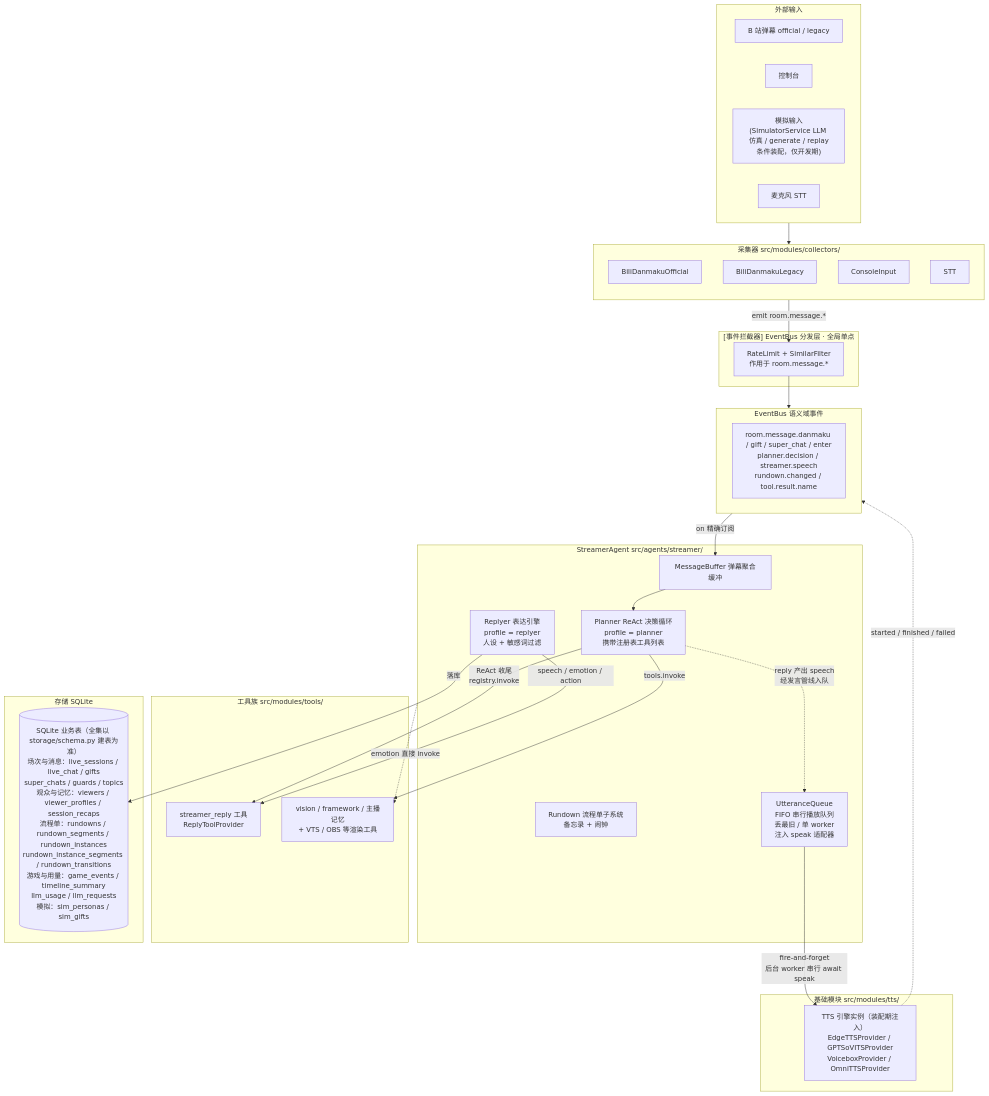
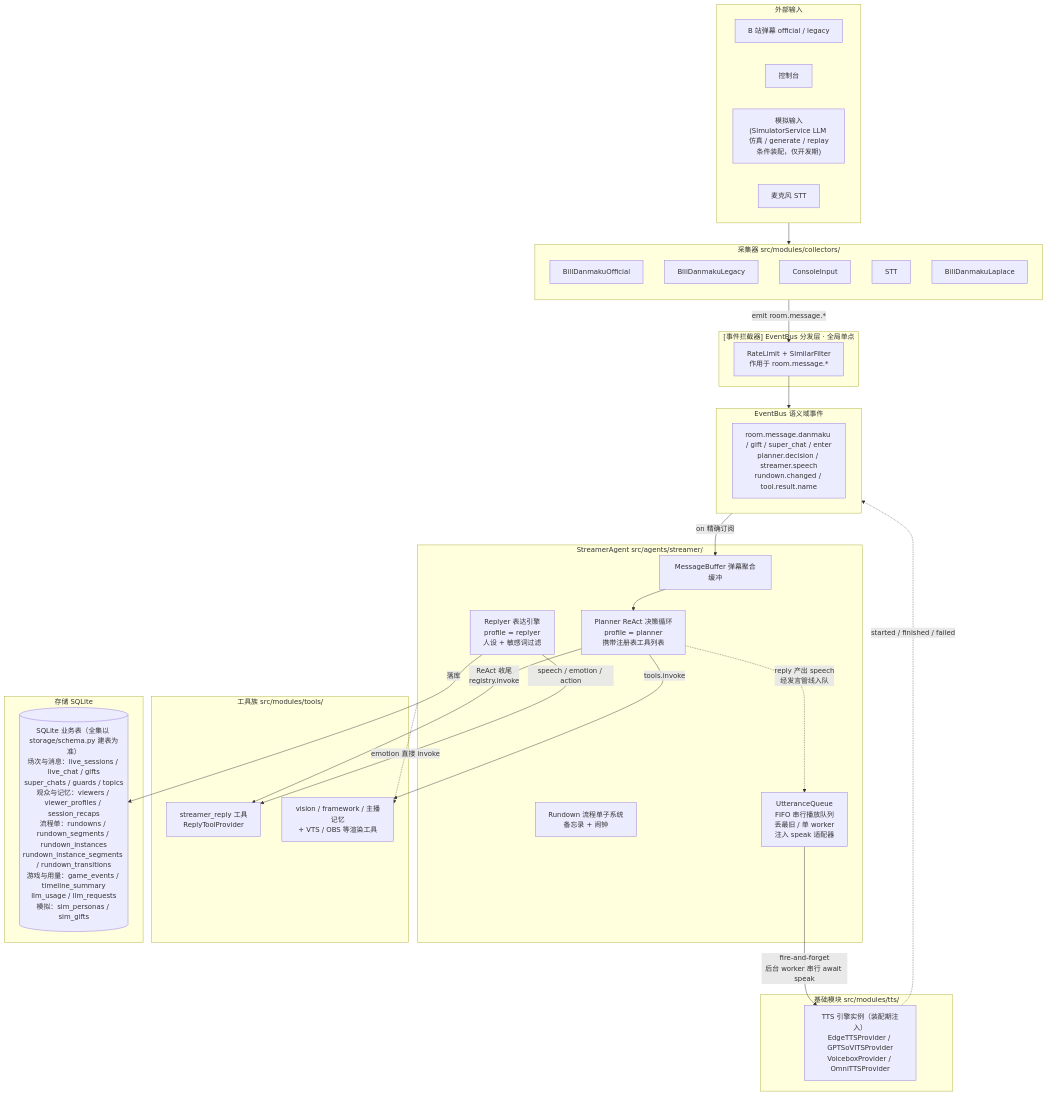
One commit to Mai-with-u/Amaidesu changed the diagram in docs/architecture/data-flow.md. Above: the diagram before and after it, drawn with Mermaid. The commit also changed 14 other files, not shown here.

````diff
--- a/docs/architecture/data-flow.md
+++ b/docs/architecture/data-flow.md
@@ -23,60 +23,61 @@
 ```mermaid
 flowchart TB
     subgraph Ext["外部输入"]
         Bili["B 站弹幕 official / legacy"]
         Cons["控制台"]
         Sim["模拟输入<br/>(SimulatorService LLM 仿真 / generate / replay<br/>条件装配，仅开发期)"]
         Mic["麦克风 STT"]
     end
 
     subgraph Collectors["采集器 src/modules/collectors/"]
         direction TB
         C1["BiliDanmakuOfficial"]
         C2["BiliDanmakuLegacy"]
         C3["ConsoleInput"]
         C4["STT"]
+        C5["BiliDanmakuLaplace"]
     end
 
     subgraph Interceptors["[事件拦截器] EventBus 分发层 · 全局单点"]
         IC["RateLimit + SimilarFilter<br/>作用于 room.message.*"]
     end
 
     subgraph Bus["EventBus 语义域事件"]
         EB["room.message.danmaku / gift / super_chat / enter<br/>planner.decision / streamer.speech<br/>rundown.changed / tool.result.name"]
     end
 
 subgraph StreamerAgent["StreamerAgent src/agents/streamer/"]
         MB["MessageBuffer 弹幕聚合缓冲"]
         Planner["Planner ReAct 决策循环<br/>profile = planner<br/>携带注册表工具列表"]
         Reply["Replyer 表达引擎<br/>profile = replyer<br/>人设 + 敏感词过滤"]
         Rundown["Rundown 流程单子系统<br/>备忘录 + 闹钟"]
         UQ["UtteranceQueue<br/>FIFO 串行播放队列<br/>丢最旧 / 单 worker<br/>注入 speak 适配器"]
     end
 
     subgraph Tools["工具族 src/modules/tools/"]
         RT["streamer_reply 工具<br/>ReplyToolProvider"]
         Other["vision / framework / 主播记忆<br/>+ VTS / OBS 等渲染工具"]
     end
 
     subgraph InFra["基础模块 src/modules/tts/"]
         TTSEng["TTS 引擎实例（装配期注入）<br/>EdgeTTSProvider / GPTSoVITSProvider<br/>VoiceboxProvider / OmniTTSProvider"]
     end
 
     subgraph Storage["存储 SQLite"]
         DB[("SQLite 业务表（全集以 storage/schema.py 建表为准）<br/>场次与消息：live_sessions / live_chat / gifts<br/>super_chats / guards / topics<br/>观众与记忆：viewers / viewer_profiles / session_recaps<br/>流程单：rundowns / rundown_segments / rundown_instances<br/>rundown_instance_segments / rundown_transitions<br/>游戏与用量：game_events / timeline_summary<br/>llm_usage / llm_requests<br/>模拟：sim_personas / sim_gifts")]
     end
 
     Ext --> Collectors
     Collectors -->|emit room.message.*| IC
     IC --> Bus
     Bus -->|on 精确订阅| MB
     MB --> Planner
     Planner -->|ReAct 收尾<br/>registry.invoke| RT
     Reply -->|speech / emotion / action| RT
     Reply -->|落库| DB
     Planner -->|tools.invoke| Other
     Planner -.->|reply 产出 speech<br/>经发言管线入队| UQ
     UQ -->|fire-and-forget<br/>后台 worker 串行 await speak| TTSEng
     TTSEng -.->|started / finished / failed| Bus
     StreamerAgent -.->|emotion 直接 invoke| Other
 ```
````
